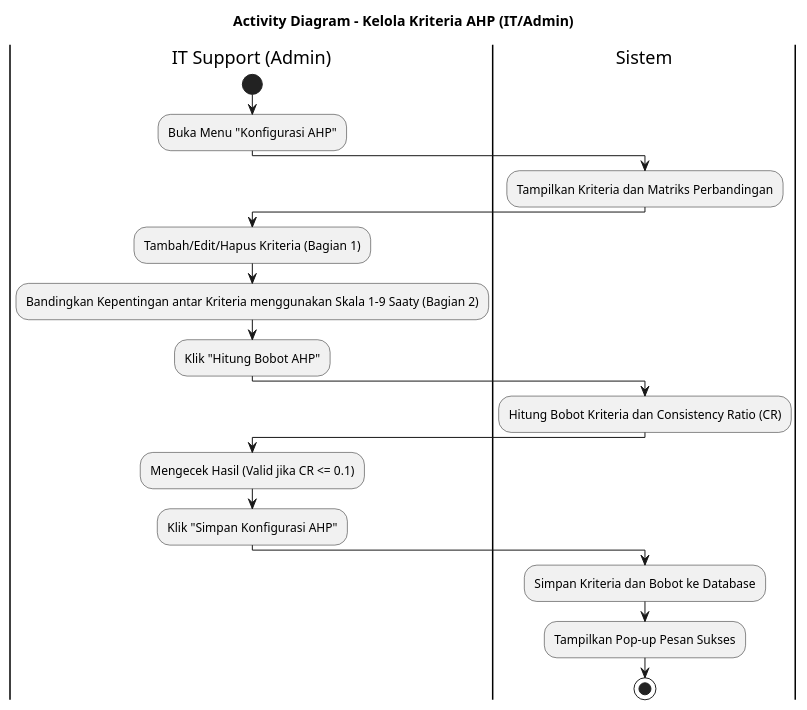
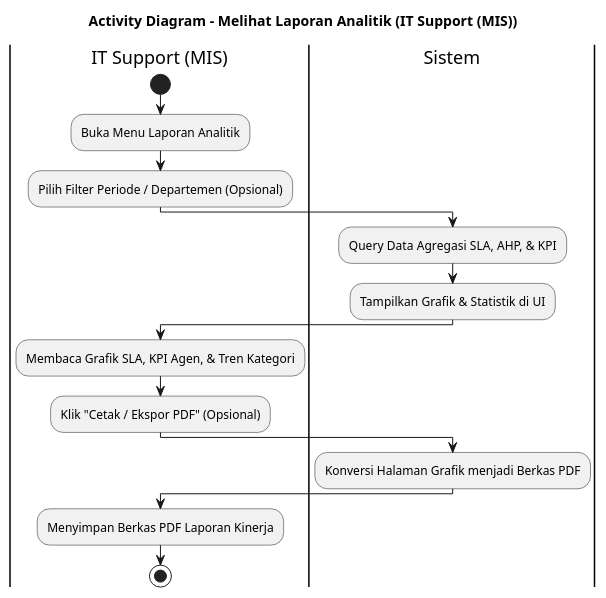
Diagram 13 of 14 in docs/activity-diagrams.puml (mrahmatfadila/bissmillah-skripsi-web), drawn with PlantUML before and after one commit. The commit also changed other lines of this file and 62 other files, not shown here.

Commit message:
Update database and seeds with real Terminal 2 & 3 supervisor data and sync other project files

```diff
--- a/docs/activity-diagrams.puml
+++ b/docs/activity-diagrams.puml
@@ -211,21 +238,18 @@
-@startuml activity_kelola_kriteria_ahp
-title Activity Diagram - Kelola Kriteria AHP (IT/Admin)
-|IT Support (Admin)|
+@startuml activity_melihat_laporan_analitik
+title Activity Diagram - Melihat Laporan Analitik (IT Support (MIS))
+|IT Support (MIS)|
 start
-:Buka Menu "Konfigurasi AHP";
+:Buka Menu Laporan Analitik;
+:Pilih Filter Periode / Departemen (Opsional);
 |Sistem|
-:Tampilkan Kriteria dan Matriks Perbandingan;
-|IT Support (Admin)|
-:Tambah/Edit/Hapus Kriteria (Bagian 1);
-:Bandingkan Kepentingan antar Kriteria menggunakan Skala 1-9 Saaty (Bagian 2);
-:Klik "Hitung Bobot AHP";
+:Query Data Agregasi SLA, AHP, & KPI;
+:Tampilkan Grafik & Statistik di UI;
+|IT Support (MIS)|
+:Membaca Grafik SLA, KPI Agen, & Tren Kategori;
+:Klik "Cetak / Ekspor PDF" (Opsional);
 |Sistem|
-:Hitung Bobot Kriteria dan Consistency Ratio (CR);
-|IT Support (Admin)|
-:Mengecek Hasil (Valid jika CR <= 0.1);
-:Klik "Simpan Konfigurasi AHP";
-|Sistem|
-:Simpan Kriteria dan Bobot ke Database;
-:Tampilkan Pop-up Pesan Sukses;
+:Konversi Halaman Grafik menjadi Berkas PDF;
+|IT Support (MIS)|
+:Menyimpan Berkas PDF Laporan Kinerja;
 stop
 @enduml
```
